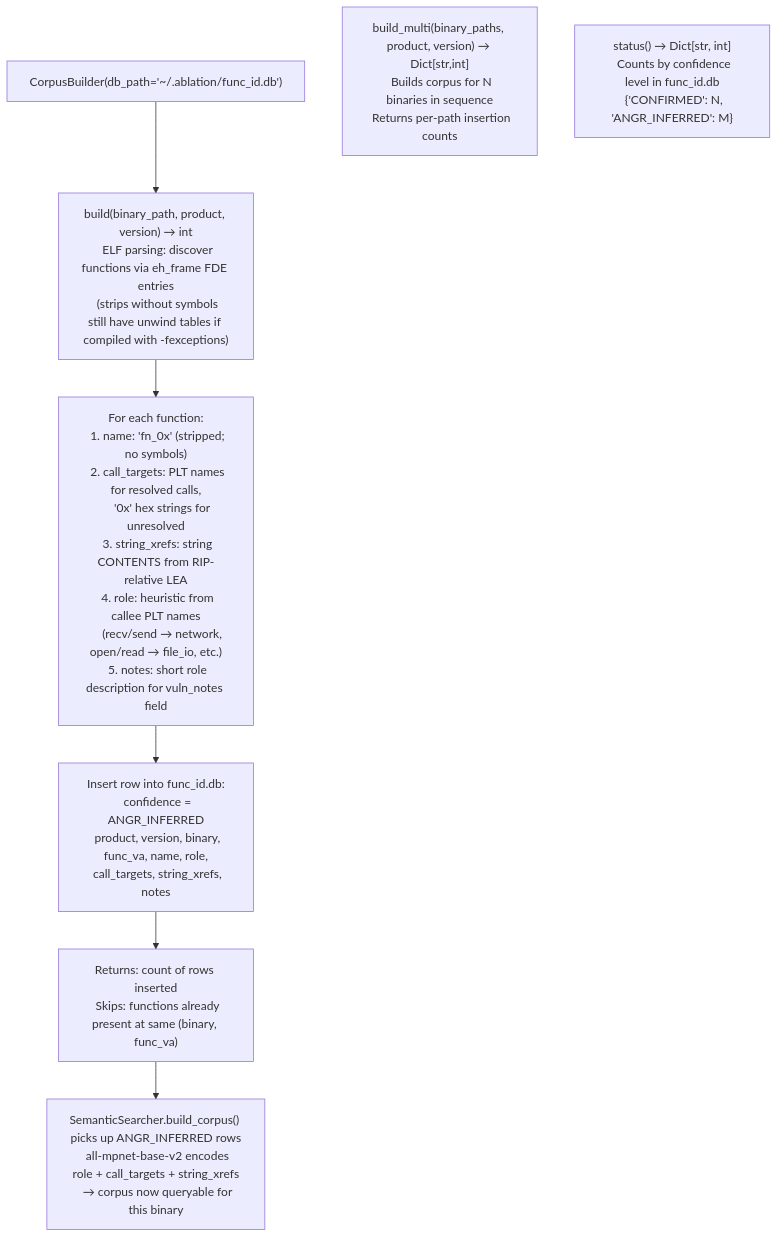
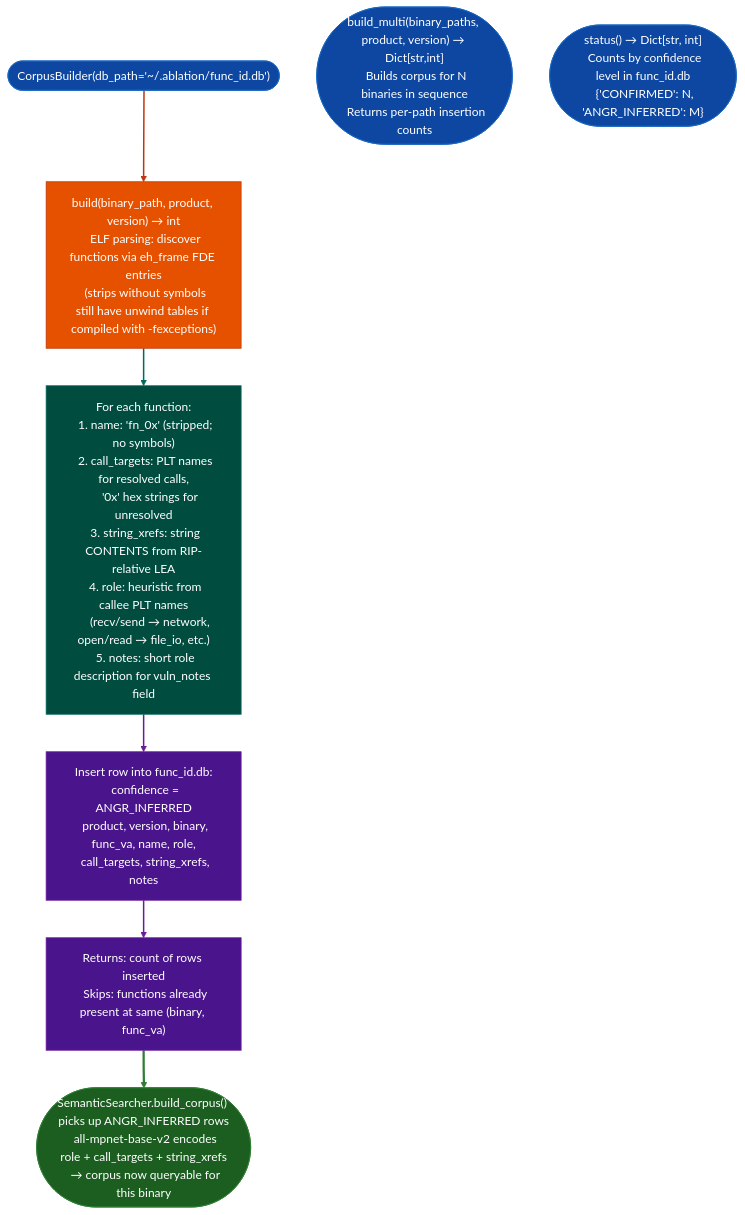
Before and after one commit to Ablation-Tool/ablation: the diagram in docs/reference-modules/function-corpus-builder.md, drawn with Mermaid. The commit also changed 320 other files, not shown here.

First line of the commit message:
docs: apply canonical Mermaid template to all 321 diagrams

````diff
--- a/docs/reference-modules/function-corpus-builder.md
+++ b/docs/reference-modules/function-corpus-builder.md
@@ -19,11 +19,22 @@
 ```mermaid
 flowchart TD
-    A["CorpusBuilder(db_path='~/.ablation/func_id.db')"] --> B["build(binary_path, product, version) → int\n  ELF parsing: discover functions via eh_frame FDE entries\n  (strips without symbols still have unwind tables if compiled with -fexceptions)"]
-    B --> C["For each function:\n  1. name: 'fn_0x<va>' (stripped; no symbols)\n  2. call_targets: PLT names for resolved calls,\n     '0x<va>' hex strings for unresolved\n  3. string_xrefs: string CONTENTS from RIP-relative LEA\n  4. role: heuristic from callee PLT names\n     (recv/send → network, open/read → file_io, etc.)\n  5. notes: short role description for vuln_notes field"]
-    C --> D["Insert row into func_id.db:\n  confidence = ANGR_INFERRED\n  product, version, binary, func_va, name, role,\n  call_targets, string_xrefs, notes"]
-    D --> E["Returns: count of rows inserted\n  Skips: functions already present at same (binary, func_va)"]
-    E --> F["SemanticSearcher.build_corpus() picks up ANGR_INFERRED rows\n  all-mpnet-base-v2 encodes role + call_targets + string_xrefs\n  → corpus now queryable for this binary"]
+    A(["CorpusBuilder(db_path='~/.ablation/func_id.db')"]):::input --> B["build(binary_path, product, version) → int\n  ELF parsing: discover functions via eh_frame FDE entries\n  (strips without symbols still have unwind tables if compiled with -fexceptions)"]:::primary
+    B:::primary --> C["For each function:\n  1. name: 'fn_0x<va>' (stripped; no symbols)\n  2. call_targets: PLT names for resolved calls,\n     '0x<va>' hex strings for unresolved\n  3. string_xrefs: string CONTENTS from RIP-relative LEA\n  4. role: heuristic from callee PLT names\n     (recv/send → network, open/read → file_io, etc.)\n  5. notes: short role description for vuln_notes field"]:::secondary
+    C:::secondary --> D["Insert row into func_id.db:\n  confidence = ANGR_INFERRED\n  product, version, binary, func_va, name, role,\n  call_targets, string_xrefs, notes"]:::tertiary
+    D:::tertiary --> E["Returns: count of rows inserted\n  Skips: functions already present at same (binary, func_va)"]:::tertiary
+    E:::tertiary --> F(["SemanticSearcher.build_corpus() picks up ANGR_INFERRED rows\n  all-mpnet-base-v2 encodes role + call_targets + string_xrefs\n  → corpus now queryable for this binary"]):::output
 
-    G["build_multi(binary_paths, product, version) → Dict[str,int]\n  Builds corpus for N binaries in sequence\n  Returns per-path insertion counts"]
-    H["status() → Dict[str, int]\n  Counts by confidence level in func_id.db\n  {'CONFIRMED': N, 'ANGR_INFERRED': M}"]
+    G(["build_multi(binary_paths, product, version) → Dict[str,int]\n  Builds corpus for N binaries in sequence\n  Returns per-path insertion counts"]):::input
+    H(["status() → Dict[str, int]\n  Counts by confidence level in func_id.db\n  {'CONFIRMED': N, 'ANGR_INFERRED': M}"]):::input
+    classDef input     fill:#0d47a1,stroke:#1565c0,color:#fff
+    classDef primary   fill:#e65100,stroke:#bf360c,color:#fff
+    classDef secondary fill:#004d40,stroke:#00695c,color:#fff
+    classDef tertiary  fill:#4a148c,stroke:#6a1b9a,color:#fff
+    classDef neutral   fill:#37474f,stroke:#546e7a,color:#fff
+    classDef output    fill:#1b5e20,stroke:#2e7d32,color:#fff
+    linkStyle 0 stroke:#bf360c,stroke-width:2px
+    linkStyle 1 stroke:#00695c,stroke-width:2px
+    linkStyle 2 stroke:#6a1b9a,stroke-width:2px
+    linkStyle 3 stroke:#6a1b9a,stroke-width:2px
+    linkStyle 4 stroke:#2e7d32,stroke-width:3px
 ```
````
